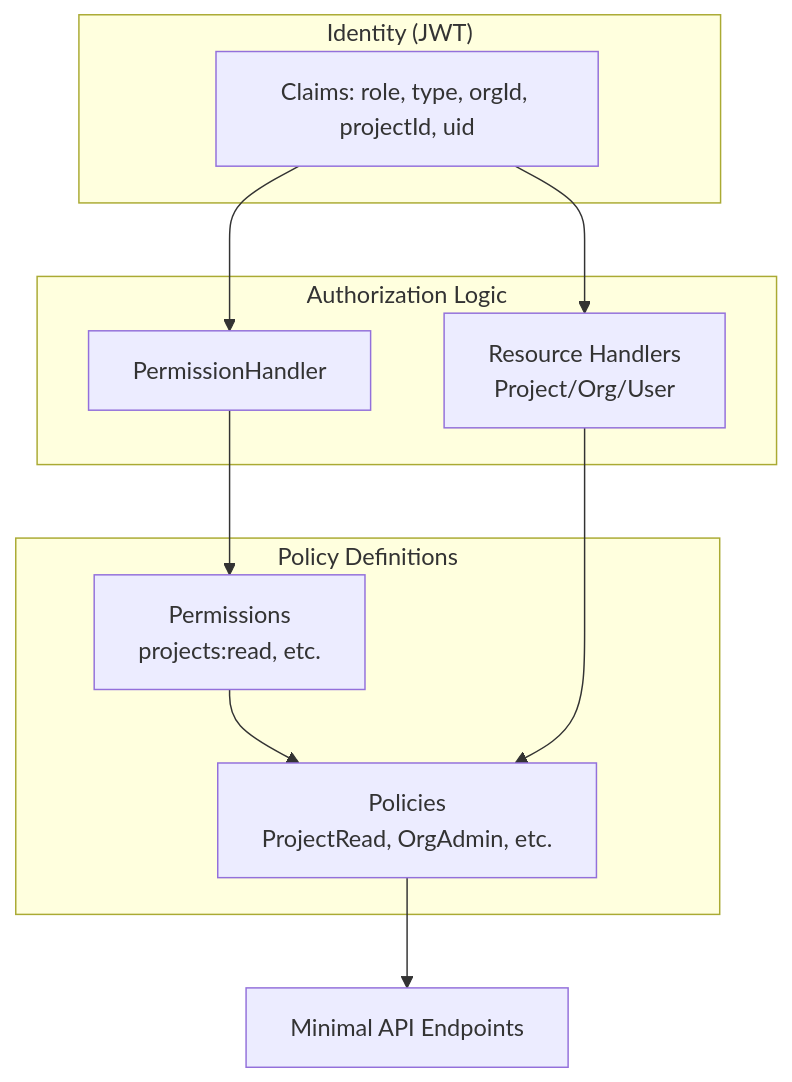
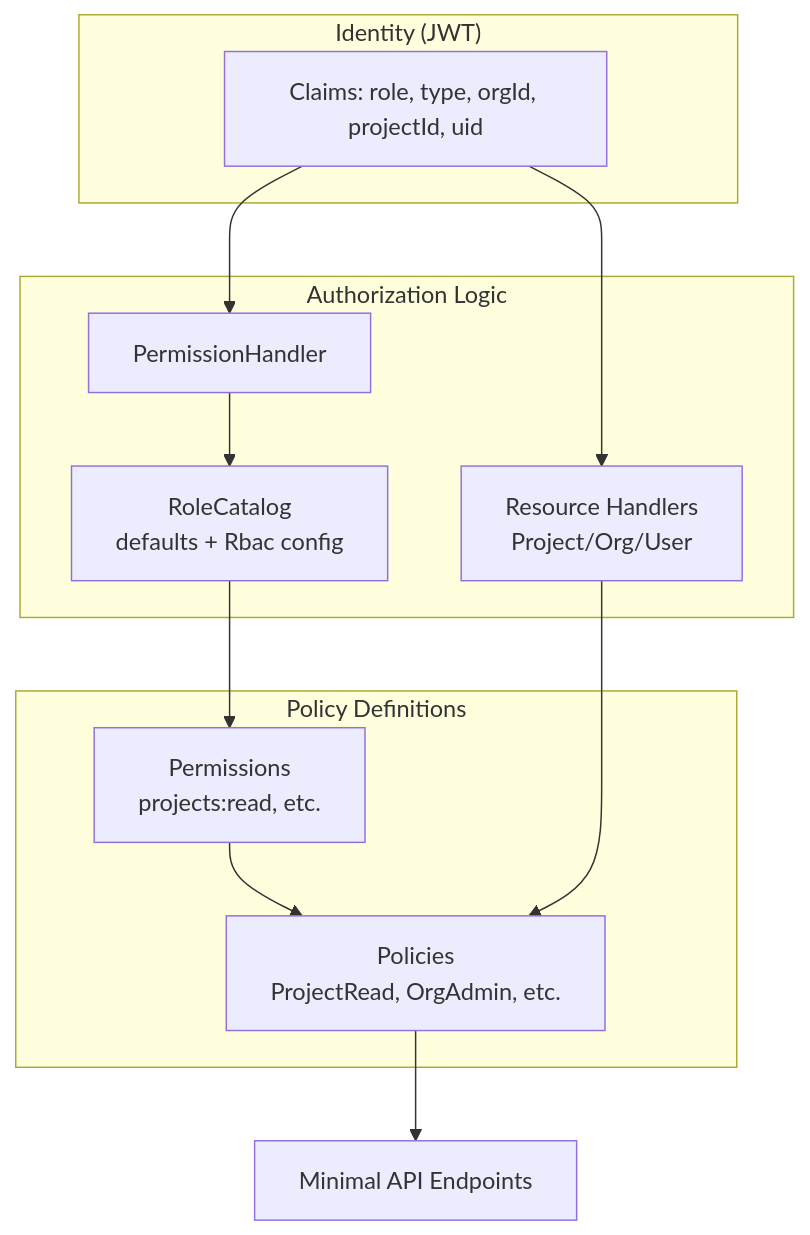
The first of 2 diagrams in api-template/docs/security/AUTHORIZATION.md (gbrandtio/ctx.0), drawn with Mermaid before and after one commit. The commit also changed other lines of this file and 17 other files, not shown here.

First line of the commit message:
Introduce configurable Role Catalog for RBAC

````diff
--- a/api-template/docs/security/AUTHORIZATION.md
+++ b/api-template/docs/security/AUTHORIZATION.md
@@ -25,23 +25,25 @@
 ```mermaid
 graph TD
     subgraph "Identity (JWT)"
         Claims[Claims: role, type, orgId, projectId, uid]
     end
 
     subgraph "Authorization Logic"
         PH[PermissionHandler]
+        RC[RoleCatalog<br/>defaults + Rbac config]
         RH[Resource Handlers<br/>Project/Org/User]
     end
 
     subgraph "Policy Definitions"
         Perms[Permissions<br/>projects:read, etc.]
         Pols[Policies<br/>ProjectRead, OrgAdmin, etc.]
     end
 
     Claims --> PH
     Claims --> RH
-    PH --> Perms
+    PH --> RC
+    RC --> Perms
     Perms --> Pols
     RH --> Pols
     Pols --> Endpoints[Minimal API Endpoints]
 ```
````
